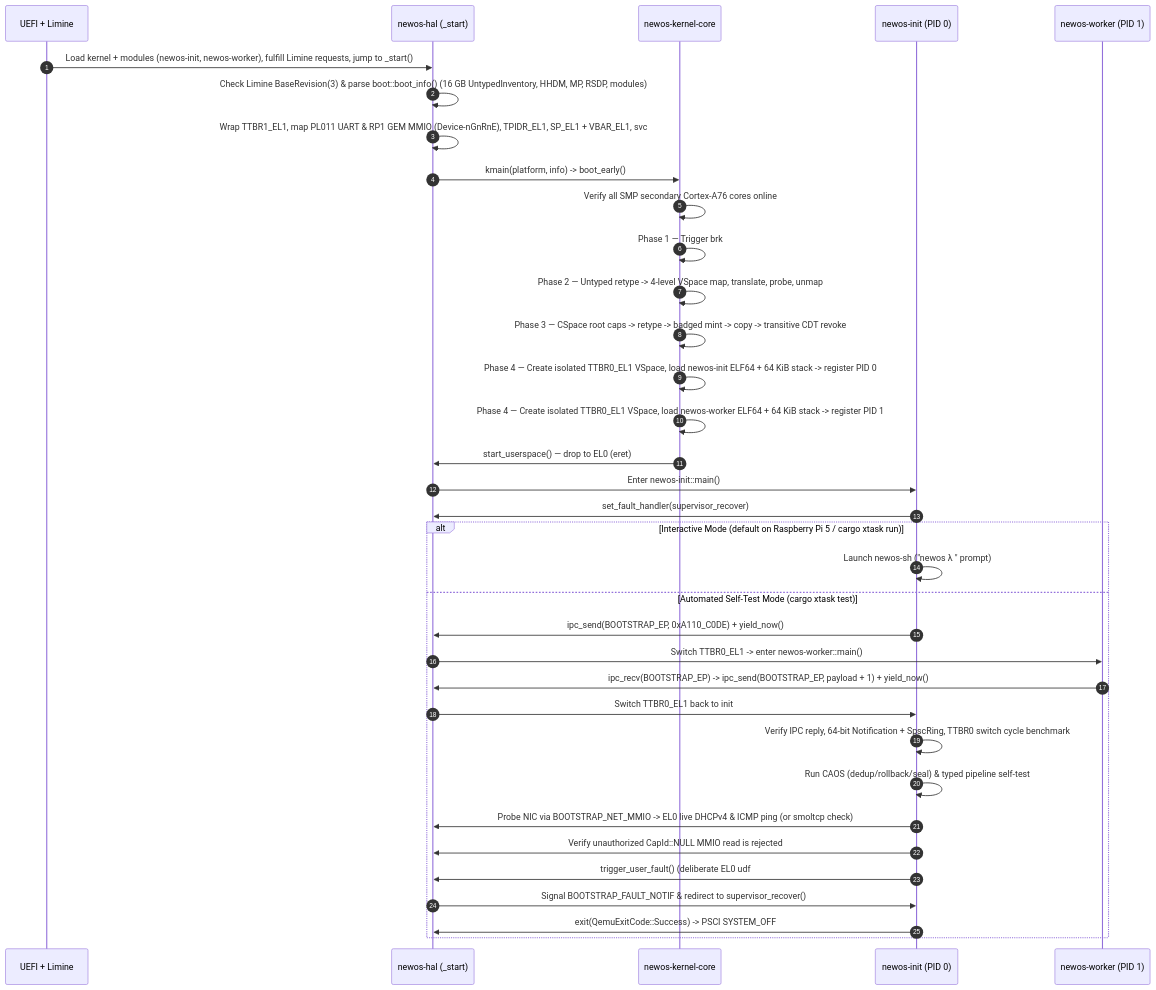
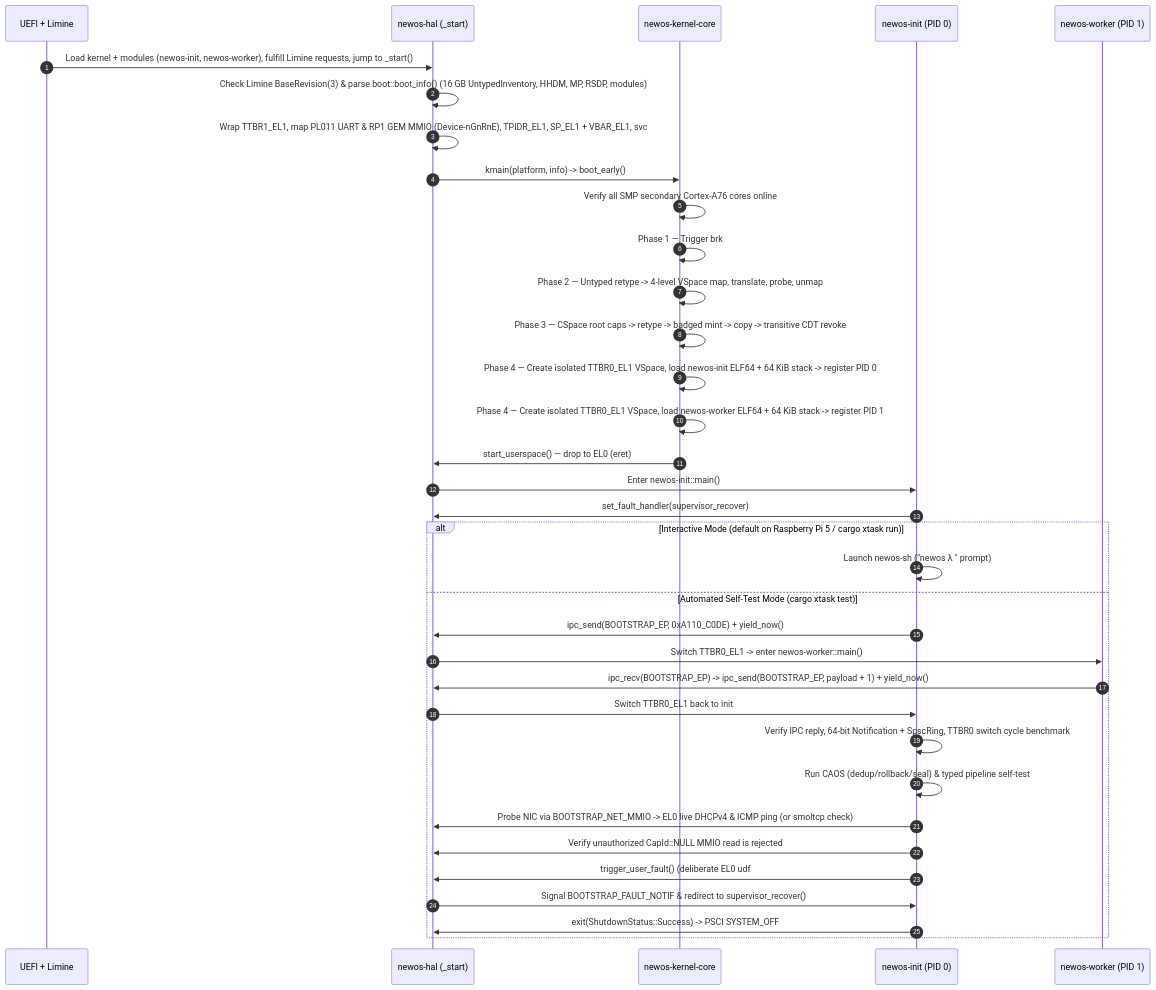
One commit to laurentgrangeau/newos changed the second of 2 diagrams in README.md. Above: the diagram before and after it, drawn with Mermaid. The commit also changed other lines of this file and 43 other files, not shown here.

````diff
--- a/README.md
+++ b/README.md
@@ -93,41 +100,41 @@
 ```mermaid
 sequenceDiagram
     autonumber
     participant Boot as UEFI + Limine
     participant HAL as newos-hal (_start)
     participant Core as newos-kernel-core
     participant Init as newos-init (PID 0)
     participant Worker as newos-worker (PID 1)
 
     Boot->>HAL: Load kernel + modules (newos-init, newos-worker), fulfill Limine requests, jump to _start()
     HAL->>HAL: Check Limine BaseRevision(3) & parse boot::boot_info() (16 GB UntypedInventory, HHDM, MP, RSDP, modules)
     HAL->>HAL: Wrap TTBR1_EL1, map PL011 UART & RP1 GEM MMIO (Device-nGnRnE), TPIDR_EL1, SP_EL1 + VBAR_EL1, svc #0, SMP APs
     HAL->>Core: kmain(platform, info) -> boot_early()
     Core->>Core: Verify all SMP secondary Cortex-A76 cores online
     Core->>Core: Phase 1 — Trigger brk #0 & verify ARM Generic Timer (CNTVCT_EL0)
     Core->>Core: Phase 2 — Untyped retype -> 4-level VSpace map, translate, probe, unmap
     Core->>Core: Phase 3 — CSpace root caps -> retype -> badged mint -> copy -> transitive CDT revoke
 
     Core->>Core: Phase 4 — Create isolated TTBR0_EL1 VSpace, load newos-init ELF64 + 64 KiB stack -> register PID 0
     Core->>Core: Phase 4 — Create isolated TTBR0_EL1 VSpace, load newos-worker ELF64 + 64 KiB stack -> register PID 1
     Core->>HAL: start_userspace() — drop to EL0 (eret)
 
     HAL->>Init: Enter newos-init::main()
     Init->>HAL: set_fault_handler(supervisor_recover)
 
     alt Interactive Mode (default on Raspberry Pi 5 / cargo xtask run)
         Init->>Init: Launch newos-sh ("newos λ " prompt)
     else Automated Self-Test Mode (cargo xtask test)
         Init->>HAL: ipc_send(BOOTSTRAP_EP, 0xA110_C0DE) + yield_now()
         HAL->>Worker: Switch TTBR0_EL1 -> enter newos-worker::main()
         Worker->>HAL: ipc_recv(BOOTSTRAP_EP) -> ipc_send(BOOTSTRAP_EP, payload + 1) + yield_now()
         HAL->>Init: Switch TTBR0_EL1 back to init
         Init->>Init: Verify IPC reply, 64-bit Notification + SpscRing, TTBR0 switch cycle benchmark
         Init->>Init: Run CAOS (dedup/rollback/seal) & typed pipeline self-test
         Init->>HAL: Probe NIC via BOOTSTRAP_NET_MMIO -> EL0 live DHCPv4 & ICMP ping (or smoltcp check)
         Init->>HAL: Verify unauthorized CapId::NULL MMIO read is rejected
         Init->>HAL: trigger_user_fault() (deliberate EL0 udf #0)
         HAL->>Init: Signal BOOTSTRAP_FAULT_NOTIF & redirect to supervisor_recover()
-        Init->>HAL: exit(QemuExitCode::Success) -> PSCI SYSTEM_OFF
+        Init->>HAL: exit(ShutdownStatus::Success) -> PSCI SYSTEM_OFF
     end
 ```
````
